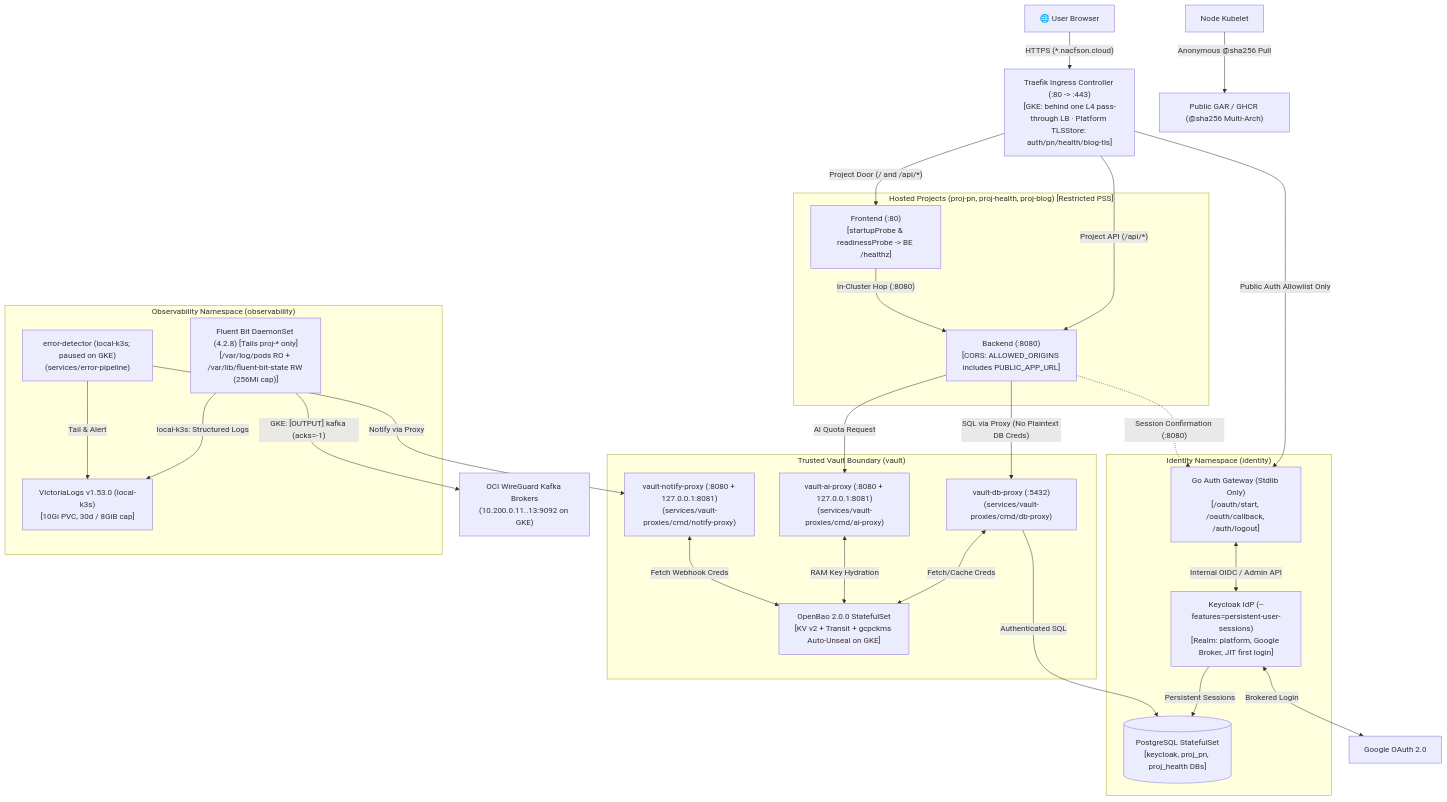
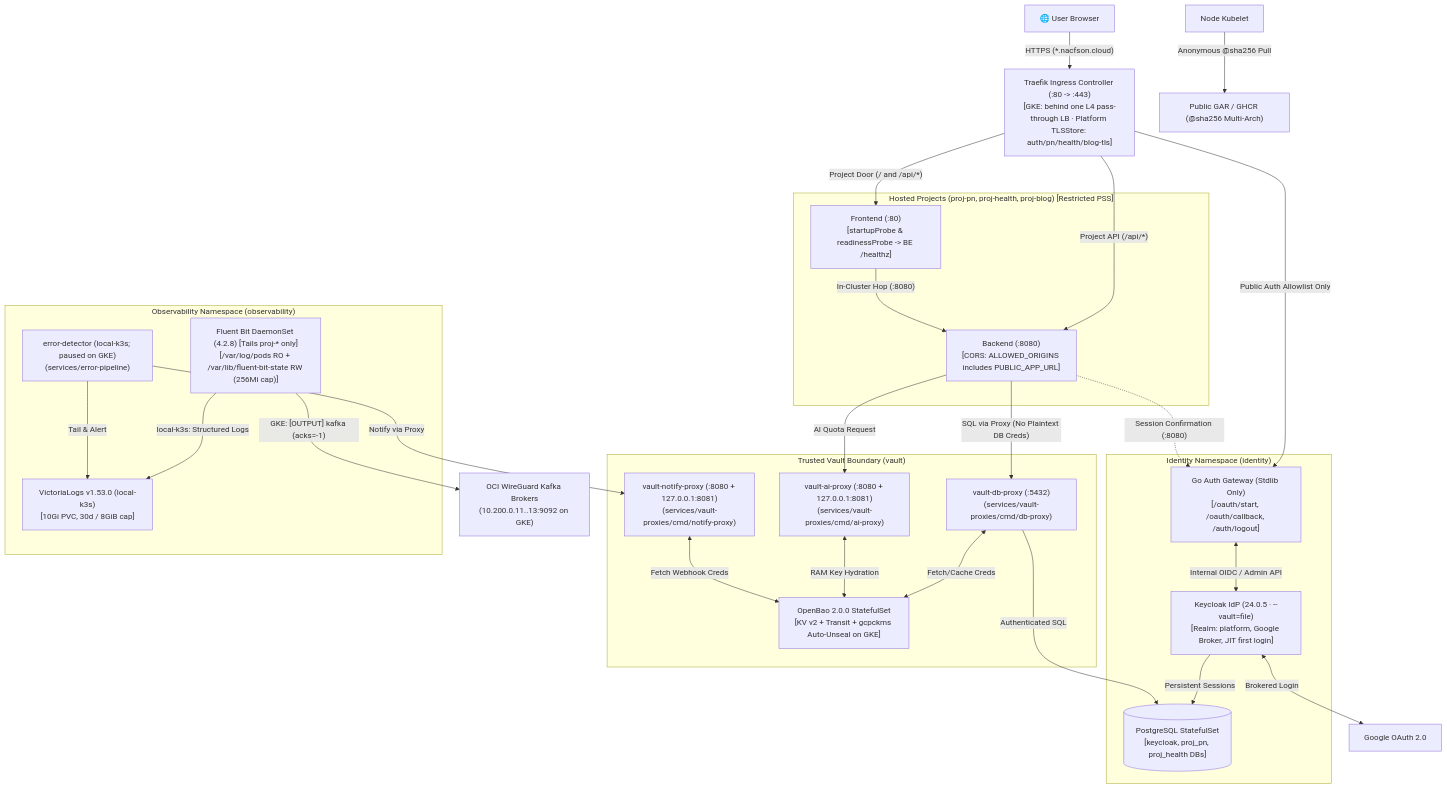
Before and after one commit to nacfson/nacfson_pipeline: the first of 3 diagrams in ARCHITECTURE.md, drawn with Mermaid. The commit also changed other lines of this file and 8 other files, not shown here.

First line of the commit message:
fix(identity): remove unsupported kc25 persistent-user-sessions flag on Keycloak 24.0.5

````diff
--- a/ARCHITECTURE.md
+++ b/ARCHITECTURE.md
@@ -16,58 +16,58 @@
 ```mermaid
 flowchart TD
     Browser["🌐 User Browser"]
     Traefik["Traefik Ingress Controller (:80 -> :443)<br/>[GKE: behind one L4 pass-through LB · Platform TLSStore: auth/pn/health/blog-tls]"]
 
     subgraph PlatformIdentity["Identity Namespace (identity)"]
         Gateway["Go Auth Gateway (Stdlib Only)<br/>[/oauth/start, /oauth/callback, /auth/logout]"]
-        Keycloak["Keycloak IdP (--features=persistent-user-sessions)<br/>[Realm: platform, Google Broker, JIT first login]"]
+        Keycloak["Keycloak IdP (24.0.5 · --vault=file)<br/>[Realm: platform, Google Broker, JIT first login]"]
         Postgres[("PostgreSQL StatefulSet<br/>[keycloak, proj_pn, proj_health DBs]")]
     end
 
     subgraph VaultBoundary["Trusted Vault Boundary (vault)"]
         OpenBao["OpenBao 2.0.0 StatefulSet<br/>[KV v2 + Transit + gcpckms Auto-Unseal on GKE]"]
         DBProxy["vault-db-proxy (:5432)<br/>(services/vault-proxies/cmd/db-proxy)"]
         AIProxy["vault-ai-proxy (:8080 + 127.0.0.1:8081)<br/>(services/vault-proxies/cmd/ai-proxy)"]
         NotifyProxy["vault-notify-proxy (:8080 + 127.0.0.1:8081)<br/>(services/vault-proxies/cmd/notify-proxy)"]
     end
 
     subgraph ObservabilityNS["Observability Namespace (observability)"]
         FB["Fluent Bit DaemonSet (4.2.8) [Tails proj-* only]<br/>[/var/log/pods RO + /var/lib/fluent-bit-state RW (256Mi cap)]"]
         VictoriaLogs["VictoriaLogs v1.53.0 (local-k3s)<br/>[10Gi PVC, 30d / 8GiB cap]"]
         ErrorDetector["error-detector (local-k3s; paused on GKE)<br/>(services/error-pipeline)"]
     end
 
     subgraph ProjectPN["Hosted Projects (proj-pn, proj-health, proj-blog) [Restricted PSS]"]
         FE["Frontend (:80)<br/>[startupProbe & readinessProbe -> BE /healthz]"]
         BE["Backend (:8080)<br/>[CORS: ALLOWED_ORIGINS includes PUBLIC_APP_URL]"]
     end
 
     Google["Google OAuth 2.0"]
     GAR["Public GAR / GHCR (@sha256 Multi-Arch)"]
     OCIKafka["OCI WireGuard Kafka Brokers<br/>(10.200.0.11..13:9092 on GKE)"]
 
     Browser -->|"HTTPS (*.nacfson.cloud)"| Traefik
     Traefik -->|"Project Door (/ and /api/*)"| FE
     Traefik -->|"Project API (/api/*)"| BE
     Traefik -->|"Public Auth Allowlist Only"| Gateway
 
     FE -->|"In-Cluster Hop (:8080)"| BE
     BE -.->|"Session Confirmation (:8080)"| Gateway
     Gateway <-->|"Internal OIDC / Admin API"| Keycloak
     Keycloak <-->|"Brokered Login"| Google
     Keycloak -->|"Persistent Sessions"| Postgres
 
     BE -->|"SQL via Proxy (No Plaintext DB Creds)"| DBProxy
     DBProxy <-->|"Fetch/Cache Creds"| OpenBao
     DBProxy -->|"Authenticated SQL"| Postgres
 
     BE -->|"AI Quota Request"| AIProxy
     AIProxy <-->|"RAM Key Hydration"| OpenBao
 
     Kubelet["Node Kubelet"] -->|"Anonymous @sha256 Pull"| GAR
     FB -->|"GKE: [OUTPUT] kafka (acks=-1)"| OCIKafka
     FB -->|"local-k3s: Structured Logs"| VictoriaLogs
     ErrorDetector -->|"Tail & Alert"| VictoriaLogs
     ErrorDetector -->|"Notify via Proxy"| NotifyProxy
     NotifyProxy <-->|"Fetch Webhook Creds"| OpenBao
 ```
````
